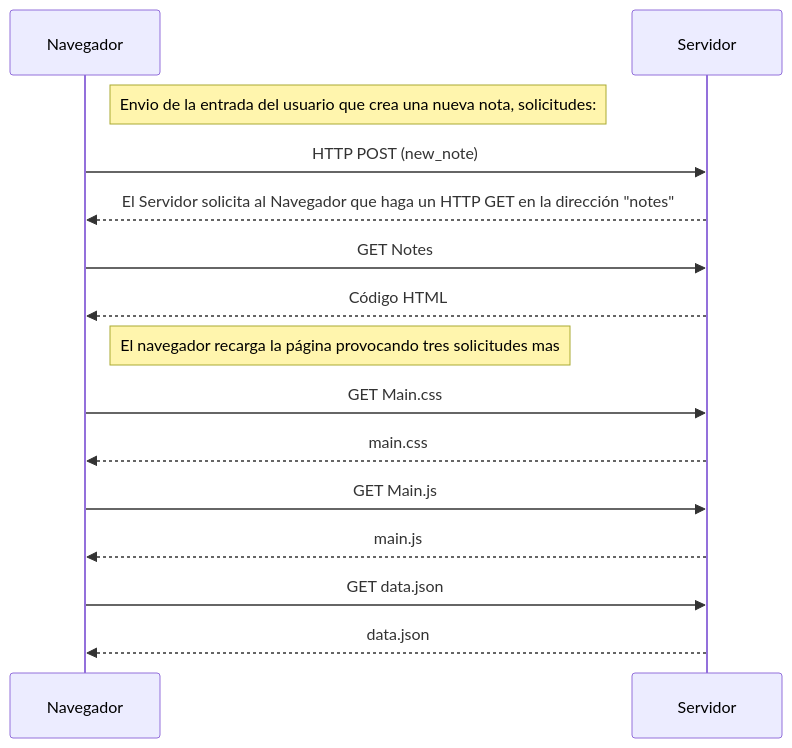
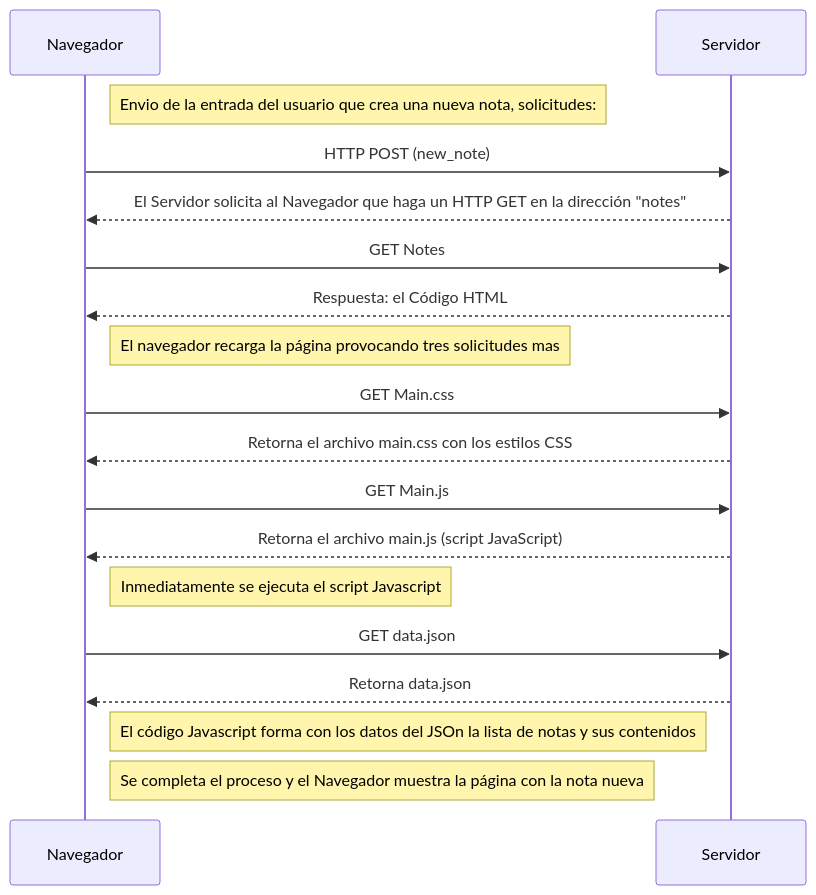
The diagram in Part-0/0.4-Diagrama-de-nota.markdown (estebanrcr/FullStackOpen), drawn with Mermaid before and after one commit.

````diff
--- a/Part-0/0.4-Diagrama-de-nota.markdown
+++ b/Part-0/0.4-Diagrama-de-nota.markdown
@@ -1,22 +1,27 @@
 ```mermaid
 sequenceDiagram
 Participant Navegador
 Participant Servidor
 
 Note right of Navegador: Envio de la entrada del usuario que crea una nueva nota, solicitudes:
 Navegador->>Servidor: HTTP POST (new_note)
 Servidor -->> Navegador: El Servidor solicita al Navegador que haga un HTTP GET en la dirección "notes"
 Navegador ->>  Servidor: GET Notes
-Servidor -->> Navegador: Código HTML
-
-
+Servidor -->> Navegador: Respuesta: el Código HTML
 Note right of Navegador: El  navegador recarga la página provocando tres solicitudes mas
 
 Navegador ->>  Servidor: GET Main.css
-Servidor -->> Navegador: main.css
+Servidor -->> Navegador: Retorna el archivo main.css con los estilos CSS
 Navegador ->>  Servidor: GET Main.js
-Servidor -->> Navegador: main.js
+Servidor -->> Navegador: Retorna el archivo main.js (script JavaScript)
+Note right of Navegador: Inmediatamente se ejecuta el script Javascript
+
 Navegador ->>  Servidor: GET data.json
-Servidor -->> Navegador: data.json
+Servidor -->> Navegador: Retorna data.json
+Note right of Navegador: El código Javascript forma con los datos del JSOn la lista de notas y sus contenidos
+
+
+Note right of Navegador: Se completa el proceso y el  Navegador muestra la página con la nota nueva
+
 
 ```
````
